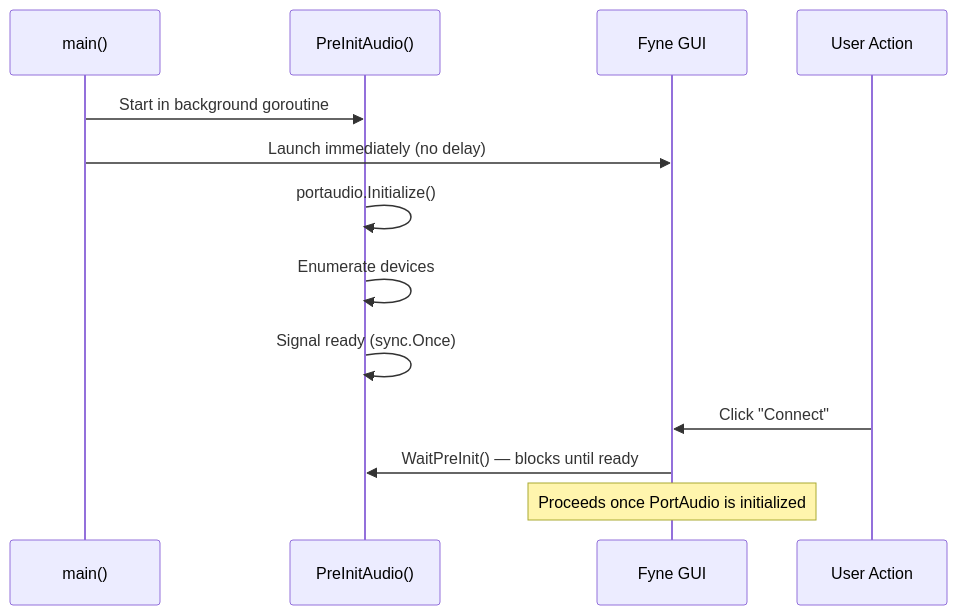
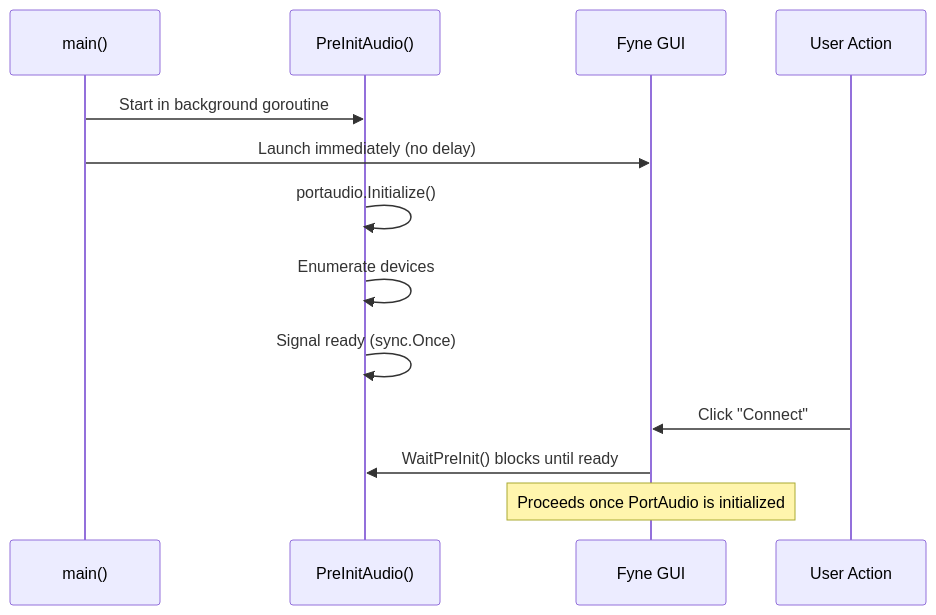
Before and after one commit to NicolasHaas/gospeak: the fifth of 6 diagrams in docs/audio.md, drawn with Mermaid. The commit also changed other lines of this file and 9 other files, not shown here.

````diff
--- a/docs/audio.md
+++ b/docs/audio.md
@@ -176,16 +179,16 @@
 ```mermaid
 sequenceDiagram
     participant Main as main()
     participant Pre as PreInitAudio()
     participant GUI as Fyne GUI
     participant User as User Action
 
     Main->>Pre: Start in background goroutine
     Main->>GUI: Launch immediately (no delay)
     Pre->>Pre: portaudio.Initialize()
     Pre->>Pre: Enumerate devices
     Pre->>Pre: Signal ready (sync.Once)
     User->>GUI: Click "Connect"
-    GUI->>Pre: WaitPreInit() — blocks until ready
+    GUI->>Pre: WaitPreInit() blocks until ready
     Note over GUI: Proceeds once PortAudio is initialized
 ```
````
